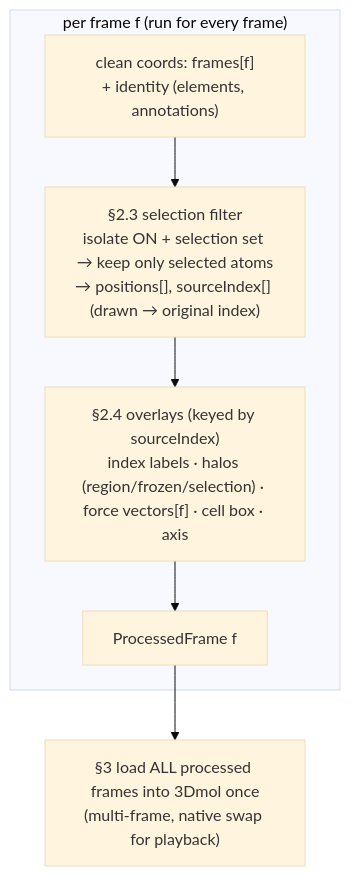
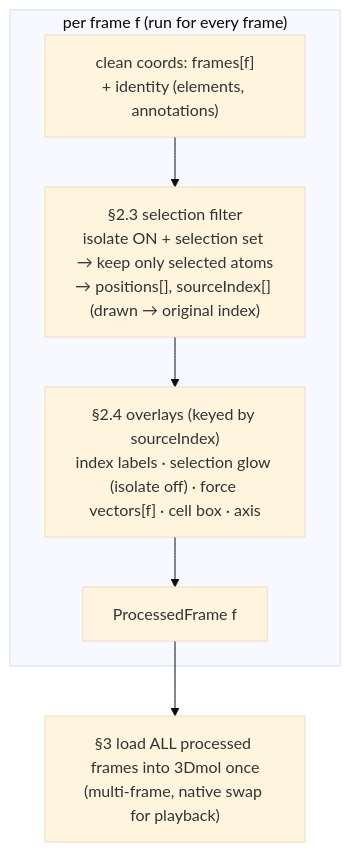
The first of 4 diagrams in docs/protocols/molview-render-streamline.md (Qing-LAB/molbuilder), drawn with Mermaid (base theme) before and after one commit. The commit also changed other lines of this file and 14 other files, not shown here.

````diff
--- a/docs/protocols/molview-render-streamline.md
+++ b/docs/protocols/molview-render-streamline.md
@@ -96,11 +99,11 @@
 ```mermaid
 flowchart TD
     subgraph PERFRAME["per frame f  (run for every frame)"]
         C0["clean coords: frames[f]<br/>+ identity (elements, annotations)"]
         SEL["§2.3 selection filter<br/>isolate ON + selection set → keep only selected atoms<br/>→ positions[], sourceIndex[] (drawn → original index)"]
-        OV["§2.4 overlays (keyed by sourceIndex)<br/>index labels · halos (region/frozen/selection) · force vectors[f] · cell box · axis"]
+        OV["§2.4 overlays (keyed by sourceIndex)<br/>index labels · selection glow (isolate off) · force vectors[f] · cell box · axis"]
         PF["ProcessedFrame f"]
         C0 --> SEL --> OV --> PF
     end
     PF --> LOAD["§3 load ALL processed frames into 3Dmol once<br/>(multi-frame, native swap for playback)"]
 ```
````
